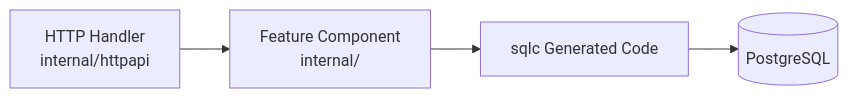
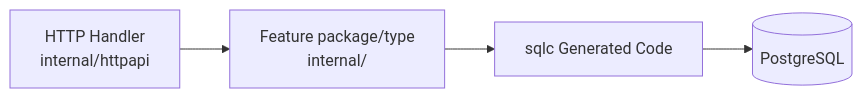
The diagram in docs/guidelines/backend-guidelines.md (finsight-org/finsight), drawn with Mermaid before and after one commit. The commit also changed other lines of this file and 67 other files, not shown here.

````diff
--- a/docs/guidelines/backend-guidelines.md
+++ b/docs/guidelines/backend-guidelines.md
@@ -9,11 +9,11 @@
 ```mermaid
 flowchart LR
     Handler["HTTP Handler<br/>internal/httpapi"]
-    Feature["Feature Component<br/>internal/<feature>"]
+    Feature["Feature package/type<br/>internal/<feature>"]
     SQLC["sqlc Generated Code"]
     DB[("PostgreSQL")]
 
     Handler --> Feature
     Feature --> SQLC
     SQLC --> DB
 ```
````
